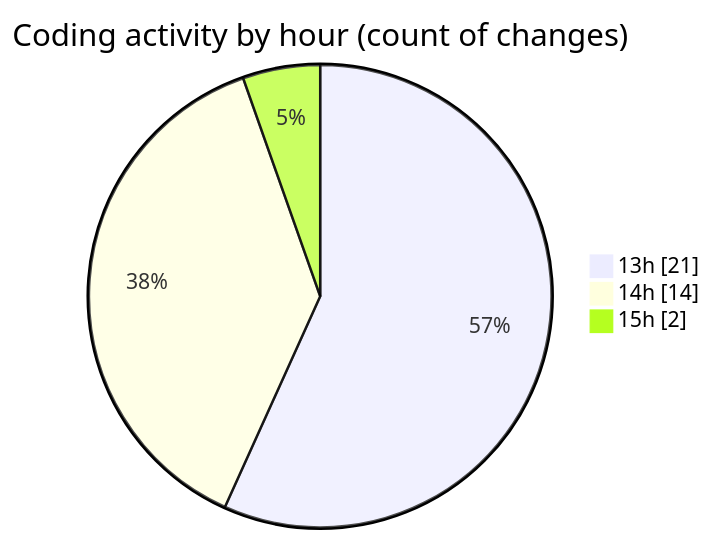
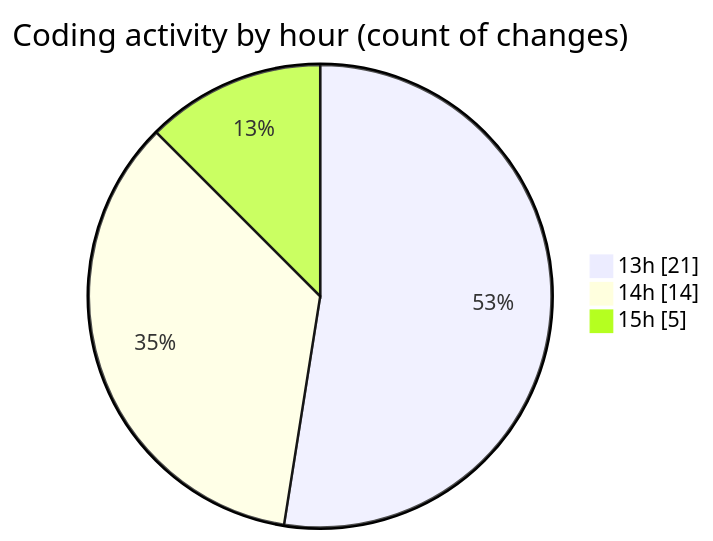
The second of 2 diagrams in 2025-01-14/trackers_app/README.md (donsfak/code-tracking), drawn with Mermaid before and after one commit. The commit also changed other lines of this file and 1 other file, not shown here.

````diff
--- a/2025-01-14/trackers_app/README.md
+++ b/2025-01-14/trackers_app/README.md
@@ -36,7 +36,7 @@
 ```mermaid
 pie showData
 title Coding activity by hour (count of changes)
 "13h" : 21
 "14h" : 14
-"15h" : 2
+"15h" : 5
 ```
````
